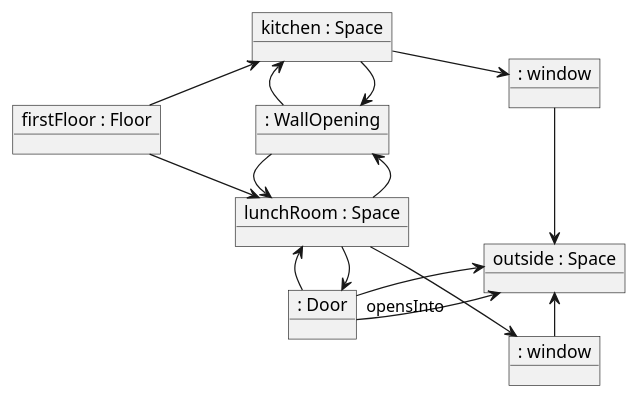
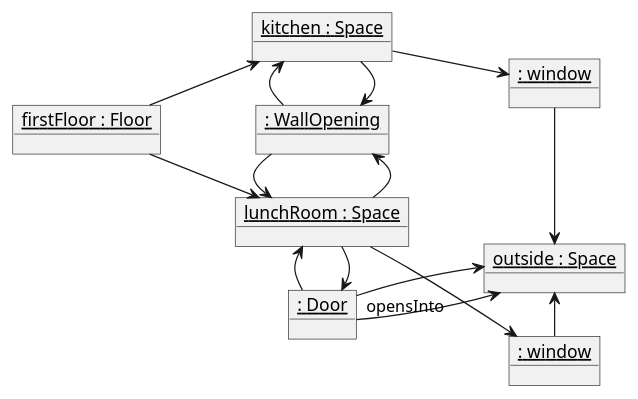
One commit to JongSeob/Draw-UML-in-UML-for-JAVA changed the diagram in Chater 9/Figure_9.2.puml. Above: the diagram before and after it, drawn with PlantUML.

Commit message:
add underline under object

```diff
--- a/Chater 9/Figure_9.2.puml
+++ b/Chater 9/Figure_9.2.puml
@@ -1,34 +1,34 @@
 @startuml
 left to right direction
 
-object "firstFloor : Floor" as firstFloor
-object "kitchen : Space" as kitchen
-object ": WallOpening" as WallOpening
-object "lunchRoom : Space" as lunchRoom
+object "__firstFloor : Floor__" as firstFloor
+object "__kitchen : Space__" as kitchen
+object "__: WallOpening__" as WallOpening
+object "__lunchRoom : Space__" as lunchRoom
 
 firstFloor --> kitchen
 firstFloor --> lunchRoom
 
 kitchen -> WallOpening
 kitchen <- WallOpening
 WallOpening <- lunchRoom
 WallOpening -> lunchRoom
 
-object ": window" as window0
-object ": window" as window1
-object "outside : Space" as outside
+object "__: window__" as window0
+object "__: window__" as window1
+object "__outside : Space__" as outside
 
 kitchen   --> window0
 lunchRoom --> window1
 
 window0 -> outside
 outside <- window1
 
-object ": Door" as Door
+object "__: Door__" as Door
 
 lunchRoom -> Door
 lunchRoom <- Door
 
 Door --> outside
 Door "opensInto" --> outside
 @enduml
```
